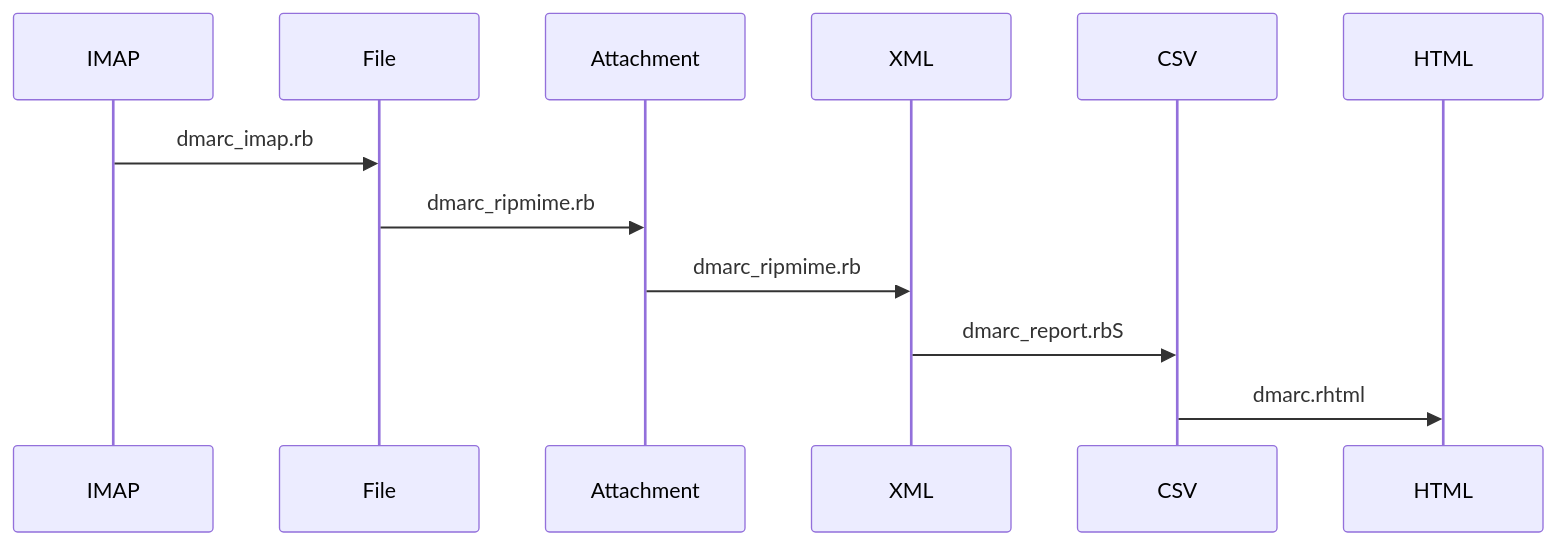
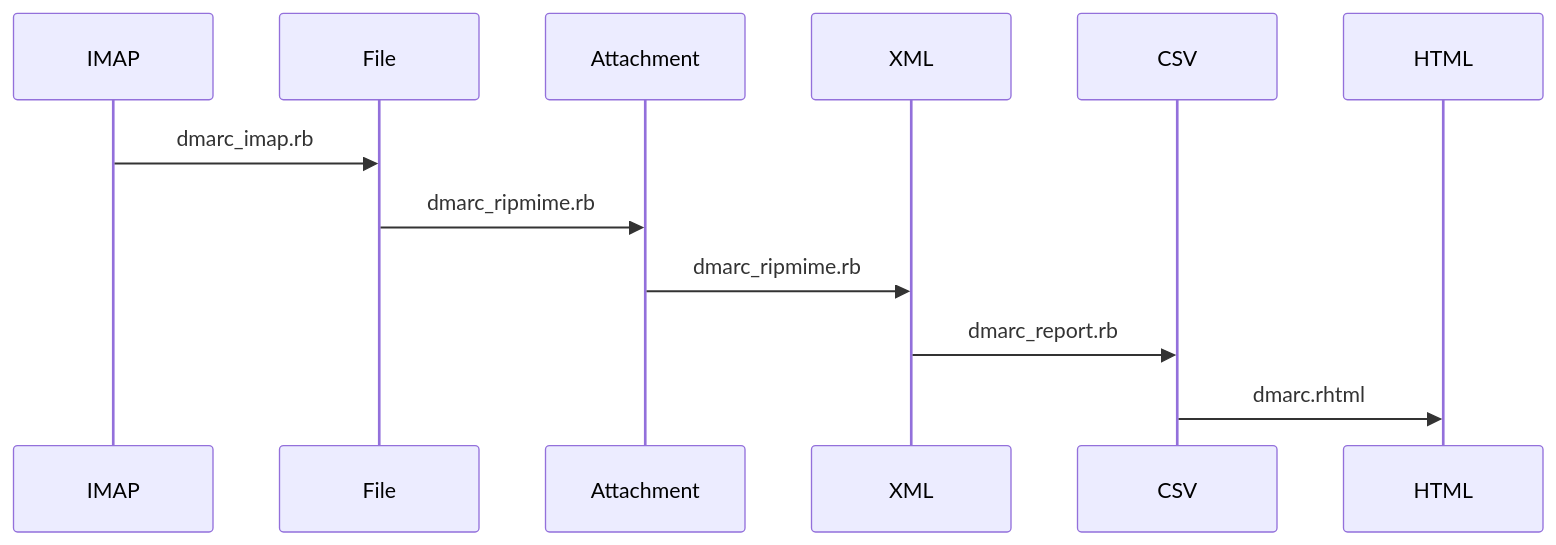
One commit to dinoex/dmarc_report changed the diagram in README.md. Above: the diagram before and after it, drawn with Mermaid.

Commit message:
fix spelling

````diff
--- a/README.md
+++ b/README.md
@@ -72,8 +72,8 @@
 ```mermaid
 sequenceDiagram
 IMAP ->> File: dmarc_imap.rb
 File ->> Attachment: dmarc_ripmime.rb
 Attachment ->> XML: dmarc_ripmime.rb
-XML ->> CSV: dmarc_report.rbS
+XML ->> CSV: dmarc_report.rb
 CSV ->> HTML: dmarc.rhtml
 ```
````
